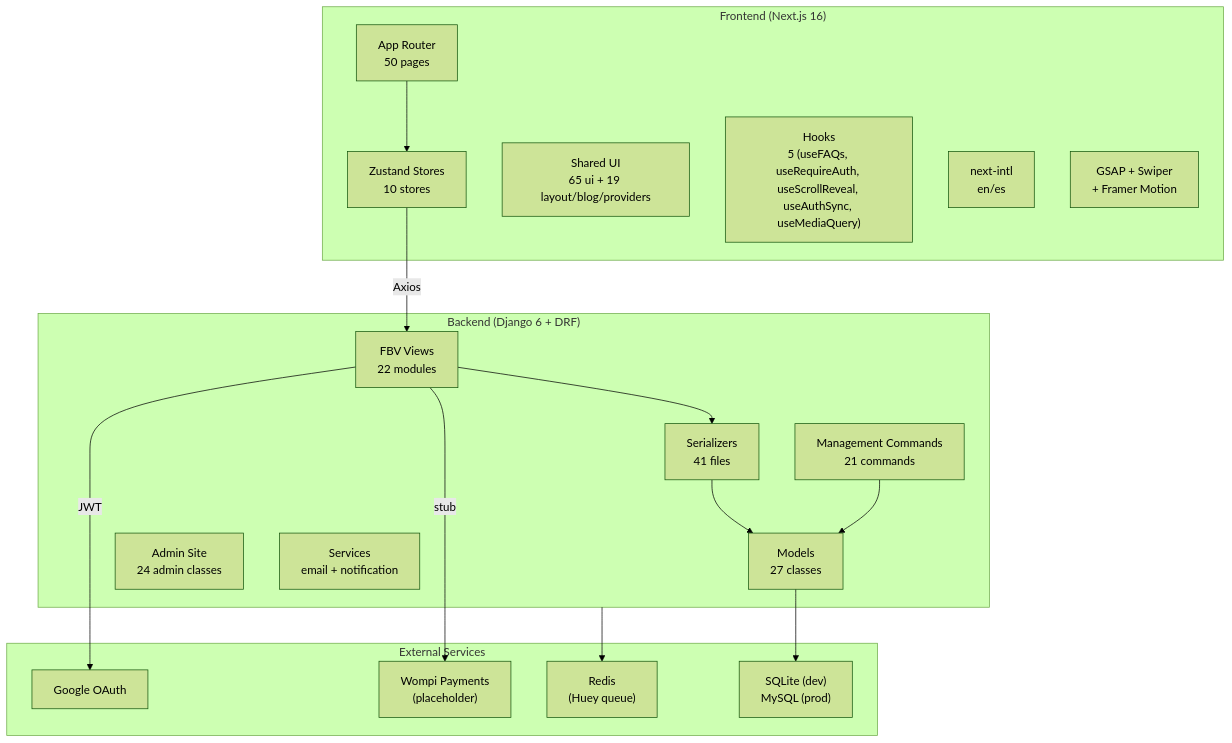
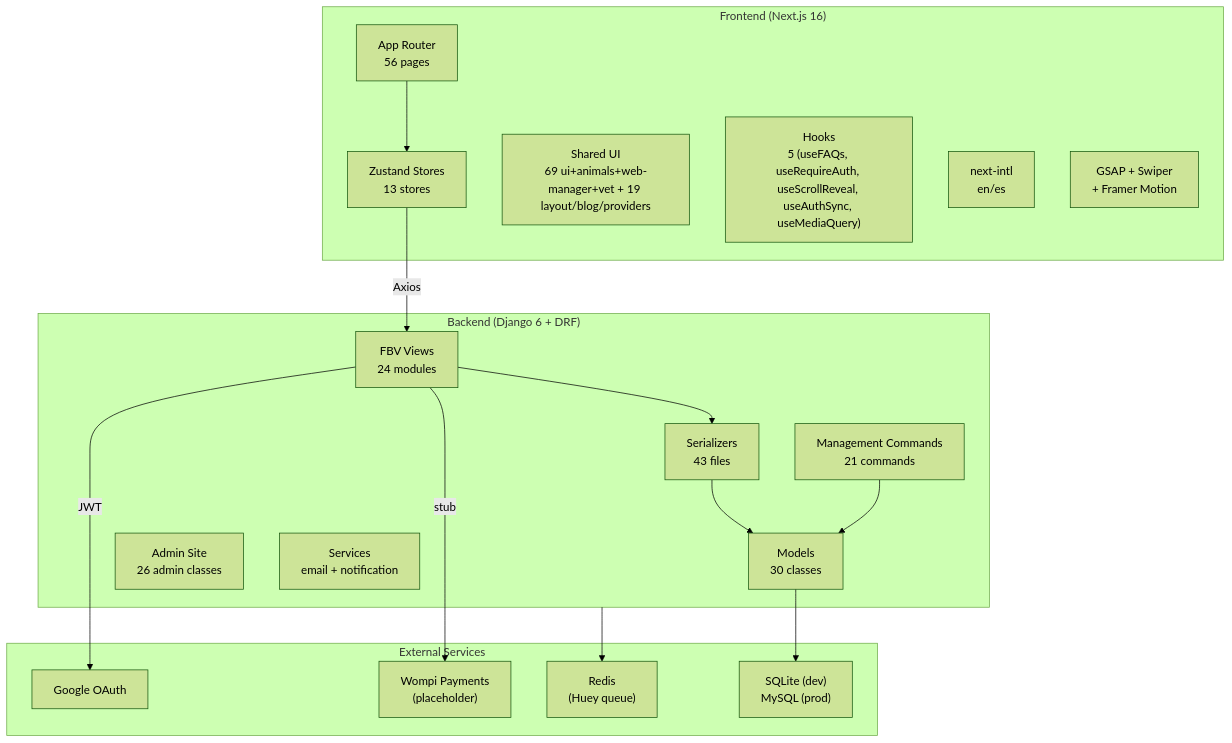
Before and after one commit to carlos18bp/tuhuella_project: the first of 3 diagrams in docs/methodology/architecture.md, drawn with Mermaid (forest theme). The commit also changed other lines of this file and 157 other files, not shown here.

Commit message:
FEAT: add post-adoption follow-ups, clinical history, campaign approval, web-manager and veterinarian portals

````diff
--- a/docs/methodology/architecture.md
+++ b/docs/methodology/architecture.md
@@ -7,37 +7,37 @@
 ```mermaid
 graph TB
     subgraph Frontend["Frontend (Next.js 16)"]
-        AppRouter["App Router<br/>50 pages"]
-        Stores["Zustand Stores<br/>10 stores"]
-        Components["Shared UI<br/>65 ui + 19 layout/blog/providers"]
+        AppRouter["App Router<br/>56 pages"]
+        Stores["Zustand Stores<br/>13 stores"]
+        Components["Shared UI<br/>69 ui+animals+web-manager+vet + 19 layout/blog/providers"]
         Hooks["Hooks<br/>5 (useFAQs, useRequireAuth, useScrollReveal, useAuthSync, useMediaQuery)"]
         I18n["next-intl<br/>en/es"]
         GSAP["GSAP + Swiper<br/>+ Framer Motion"]
     end
 
     subgraph Backend["Backend (Django 6 + DRF)"]
-        Views["FBV Views<br/>22 modules"]
-        Serializers["Serializers<br/>41 files"]
-        Models["Models<br/>27 classes"]
-        Admin["Admin Site<br/>24 admin classes"]
+        Views["FBV Views<br/>24 modules"]
+        Serializers["Serializers<br/>43 files"]
+        Models["Models<br/>30 classes"]
+        Admin["Admin Site<br/>26 admin classes"]
         Commands["Management Commands<br/>21 commands"]
         Services["Services<br/>email + notification"]
     end
 
     subgraph External["External Services"]
         Google["Google OAuth"]
         Wompi["Wompi Payments<br/>(placeholder)"]
         Redis["Redis<br/>(Huey queue)"]
         DB["SQLite (dev)<br/>MySQL (prod)"]
     end
 
     AppRouter --> Stores
     Stores -->|Axios| Views
     Views --> Serializers
     Serializers --> Models
     Models --> DB
     Views -->|JWT| Google
     Views -->|stub| Wompi
     Commands --> Models
     Backend --> Redis
 ```
````
